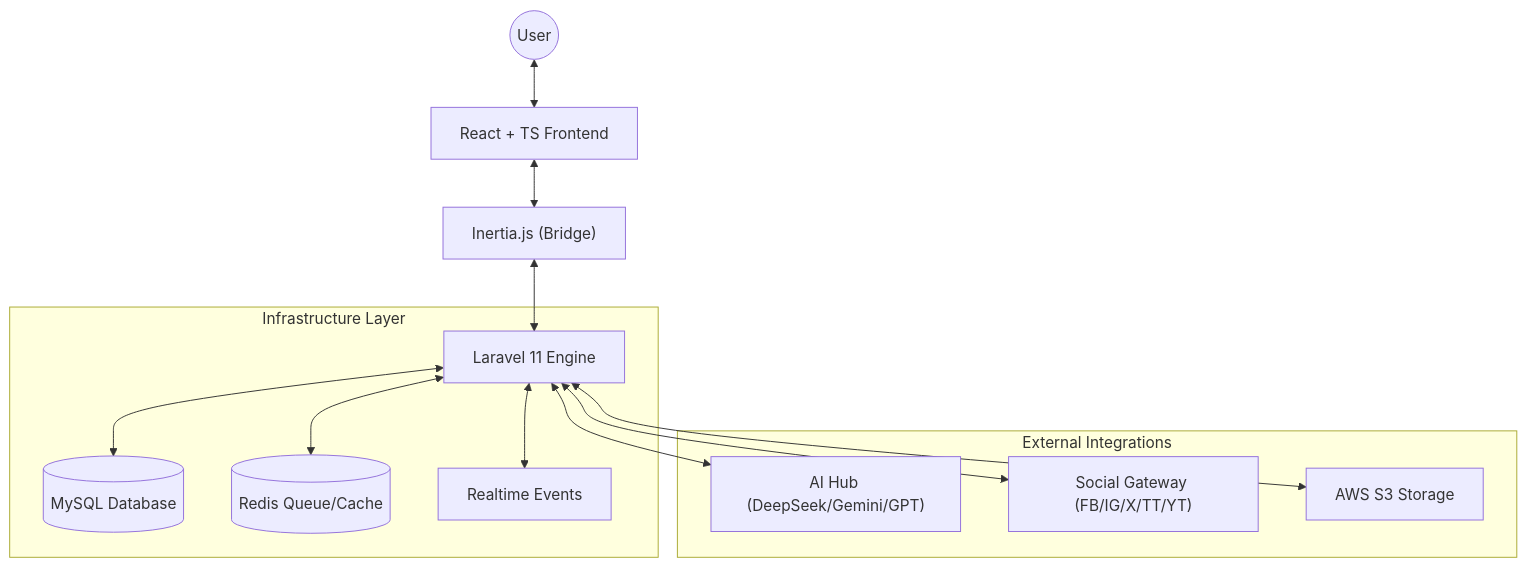
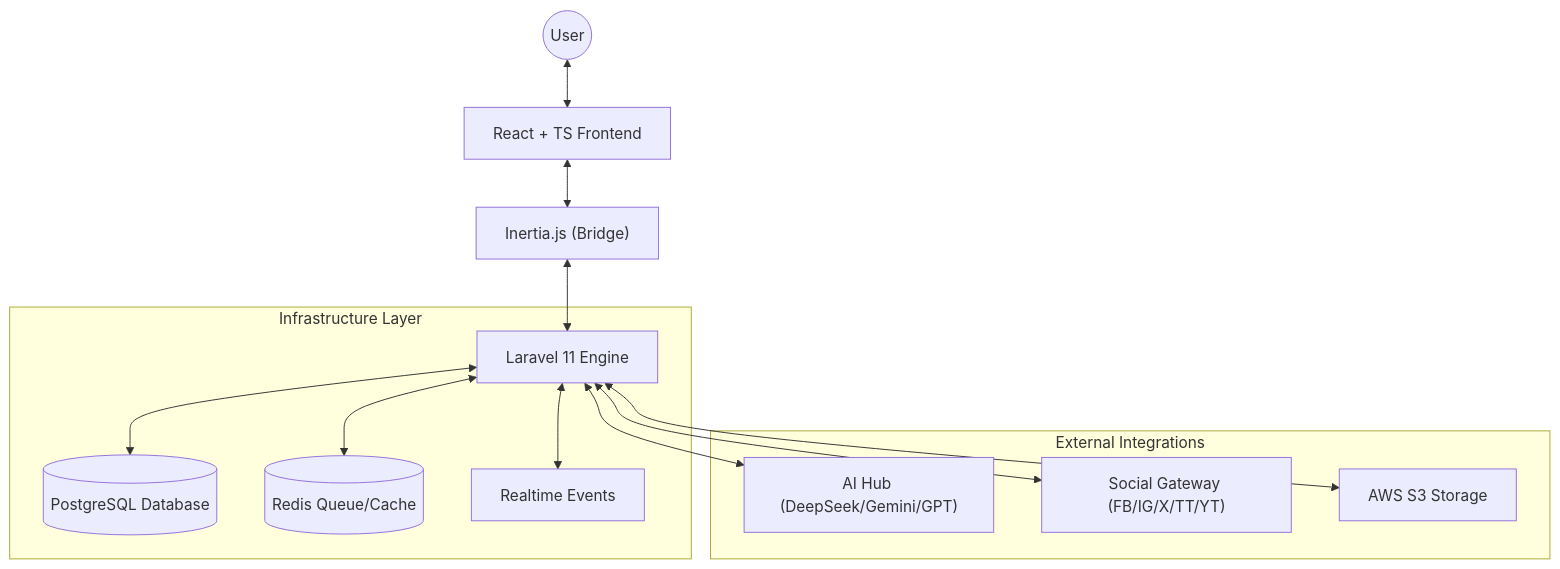
Before and after one commit to Alejool/ContentFlow: the diagram in README.md, drawn with Mermaid. The commit also changed other lines of this file and 1 other file, not shown here.

````diff
--- a/README.md
+++ b/README.md
@@ -57,18 +57,18 @@
 ```mermaid
 graph TD
     User((User)) <--> React["React + TS Frontend"]
     React <--> Inertia["Inertia.js (Bridge)"]
     Inertia <--> Laravel["Laravel 11 Engine"]
     
     subgraph "Infrastructure Layer"
-        Laravel <--> MySQL[(MySQL Database)]
+        Laravel <--> PostgreSQL[(PostgreSQL Database)]
         Laravel <--> Redis[(Redis Queue/Cache)]
         Laravel <--> Reverb[Realtime Events]
     end
     
     subgraph "External Integrations"
         Laravel <--> AI_Hub["AI Hub (DeepSeek/Gemini/GPT)"]
         Laravel <--> Social_Gate["Social Gateway (FB/IG/X/TT/YT)"]
         Laravel <--> AWS_S3["AWS S3 Storage"]
     end
 ```
````
